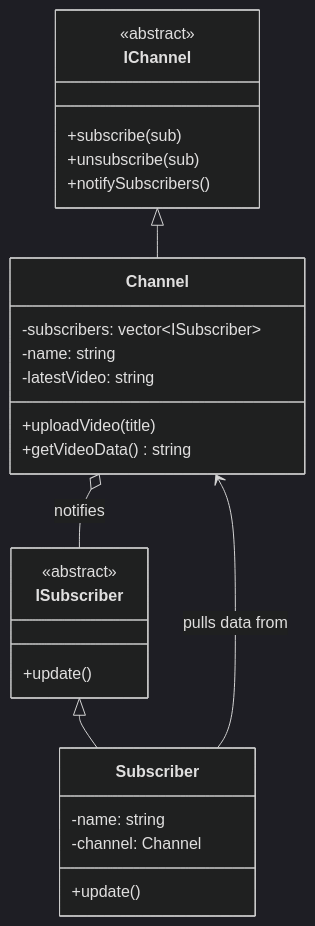
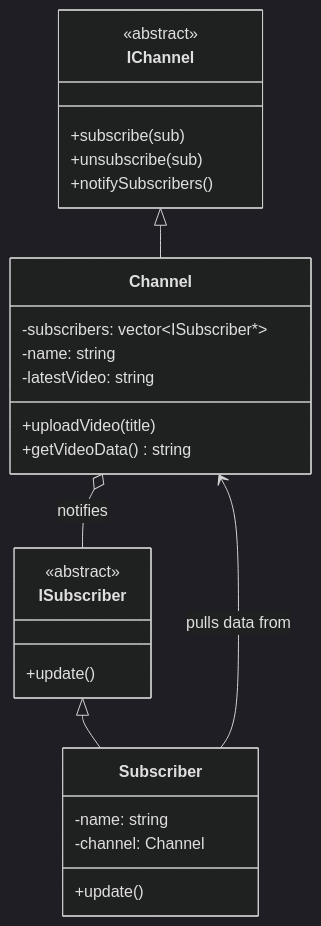
Before and after one commit to Ateeth/Low-Level-Design: diagram 31 of 38 in lld_notes.md, drawn with Mermaid (dark theme).

Commit message:
Potential fix for pull request finding

````diff
--- a/lld_notes.md
+++ b/lld_notes.md
@@ -1836,30 +1836,30 @@
 ```mermaid
 classDiagram
     IChannel <|-- Channel
     ISubscriber <|-- Subscriber
     Channel o-- ISubscriber : notifies
     Subscriber --> Channel : pulls data from
 
     class IChannel {
         <<abstract>>
         +subscribe(sub)
         +unsubscribe(sub)
         +notifySubscribers()
     }
     class ISubscriber {
         <<abstract>>
         +update()
     }
     class Channel {
-        -subscribers: vector~ISubscriber~
+        -subscribers: vector~ISubscriber*~
         -name: string
         -latestVideo: string
         +uploadVideo(title)
         +getVideoData() string
     }
     class Subscriber {
         -name: string
         -channel: Channel
         +update()
     }
 ```
````
